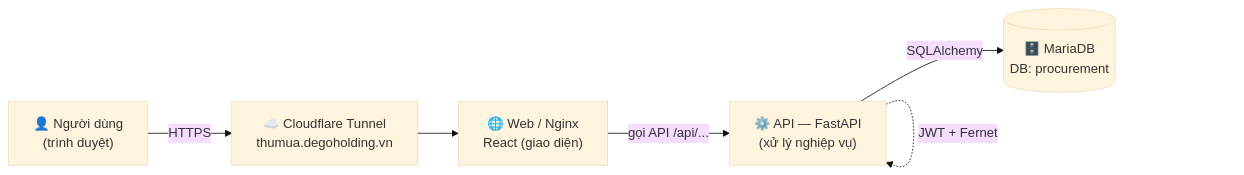
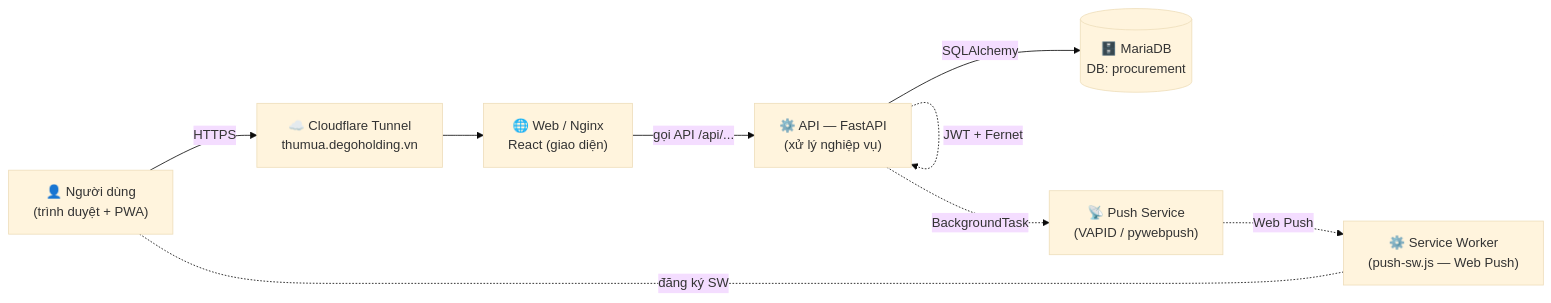
Before and after one commit to giabaohb99/procurement-tool: the first of 9 diagrams in doc/tai-lieu-ky-thuat/so-do-ky-thuat.md, drawn with Mermaid (base theme). The commit also changed other lines of this file and 10 other files, not shown here.

````diff
--- a/doc/tai-lieu-ky-thuat/so-do-ky-thuat.md
+++ b/doc/tai-lieu-ky-thuat/so-do-ky-thuat.md
@@ -18,13 +18,18 @@
 ```mermaid
 flowchart LR
-    U["👤 Người dùng<br/>(trình duyệt)"]
+    U["👤 Người dùng<br/>(trình duyệt + PWA)"]
+    SW["⚙️ Service Worker<br/>(push-sw.js — Web Push)"]
     CF["☁️ Cloudflare Tunnel<br/>thumua.degoholding.vn"]
     WEB["🌐 Web / Nginx<br/>React (giao diện)"]
     API["⚙️ API — FastAPI<br/>(xử lý nghiệp vụ)"]
     DB[("🗄️ MariaDB<br/>DB: procurement")]
+    PUSH["📡 Push Service<br/>(VAPID / pywebpush)"]
 
     U -->|HTTPS| CF --> WEB
     WEB -->|gọi API /api/...| API
     API -->|SQLAlchemy| DB
     API -.->|JWT + Fernet| API
+    U -.-|đăng ký SW| SW
+    API -.->|BackgroundTask| PUSH
+    PUSH -.->|Web Push| SW
 ```
````
